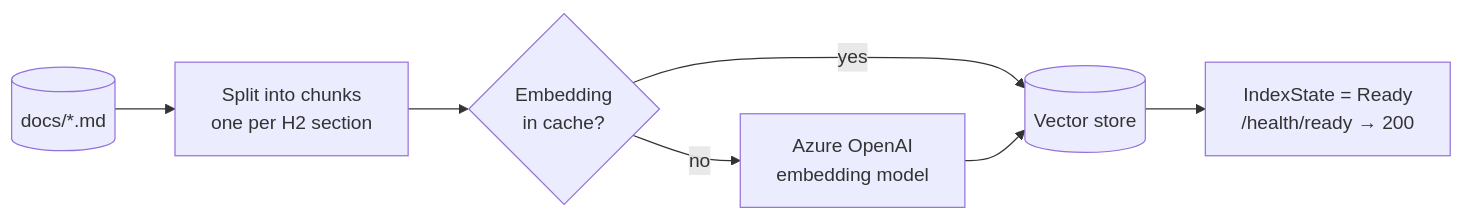
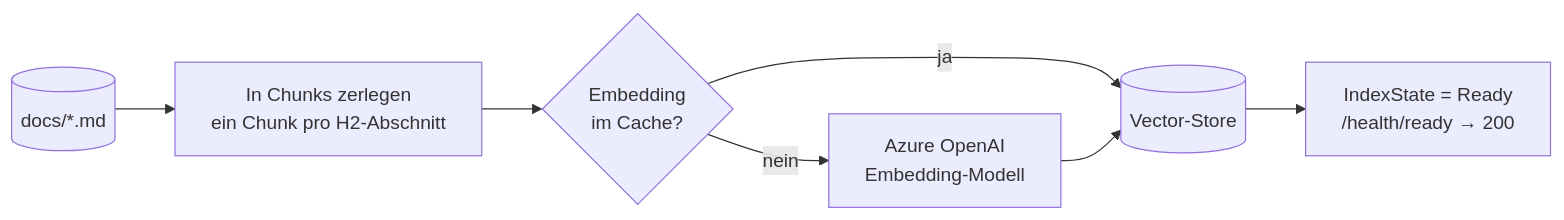
Before and after one commit to MyOnlineRepo/RAG-API: the eighth of 9 diagrams in README.md, drawn with Mermaid. The commit also changed other lines of this file, not shown here.

````diff
--- a/README.md
+++ b/README.md
@@ -255,9 +256,9 @@
 ```mermaid
 flowchart LR
-    Docs[("docs/*.md")] --> Chunk["Split into chunks<br/>one per H2 section"]
-    Chunk --> Cache{"Embedding<br/>in cache?"}
-    Cache -- yes --> Store[("Vector store")]
-    Cache -- no --> Embed["Azure OpenAI<br/>embedding model"]
+    Docs[("docs/*.md")] --> Chunk["In Chunks zerlegen<br/>ein Chunk pro H2-Abschnitt"]
+    Chunk --> Cache{"Embedding<br/>im Cache?"}
+    Cache -- ja --> Store[("Vector-Store")]
+    Cache -- nein --> Embed["Azure OpenAI<br/>Embedding-Modell"]
     Embed --> Store
     Store --> Ready["IndexState = Ready<br/>/health/ready → 200"]
 ```
````
